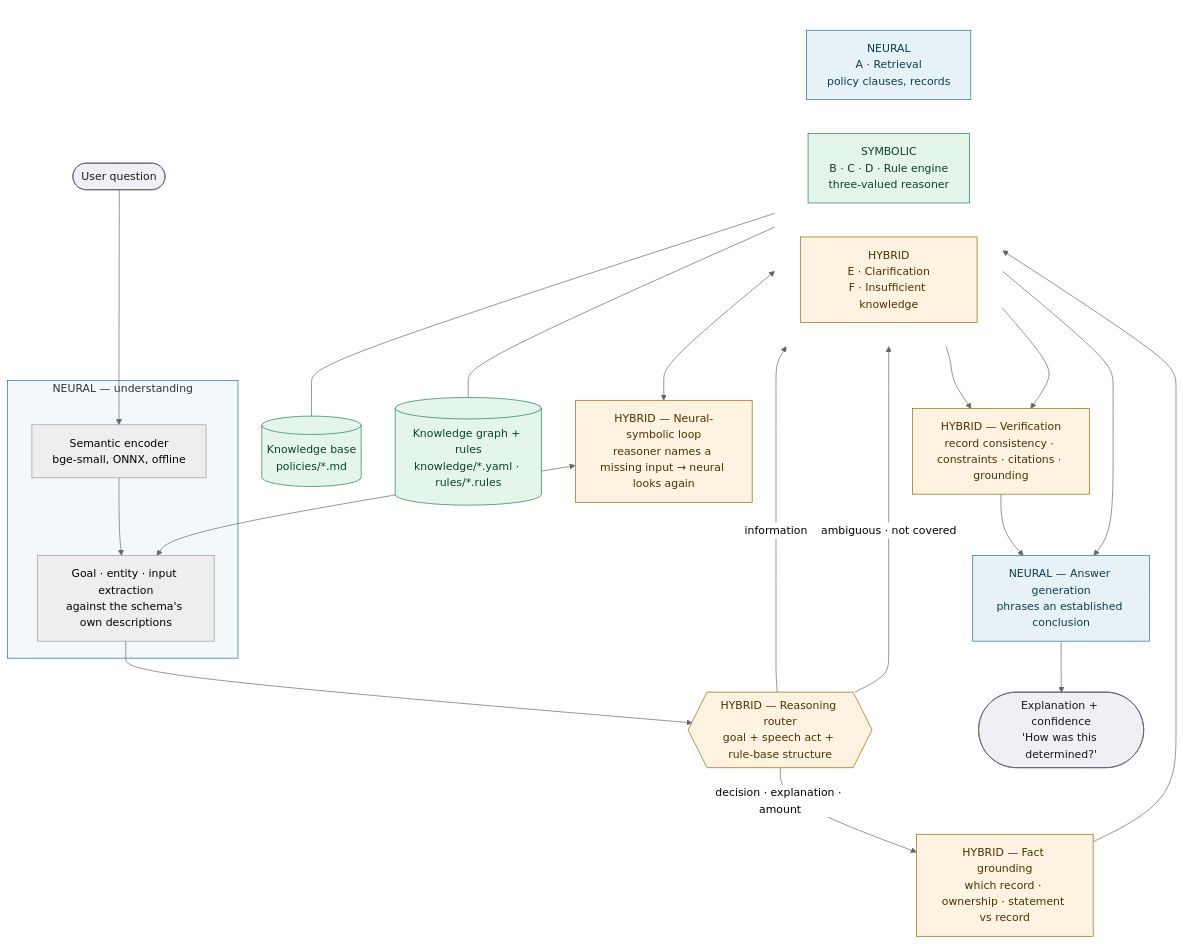
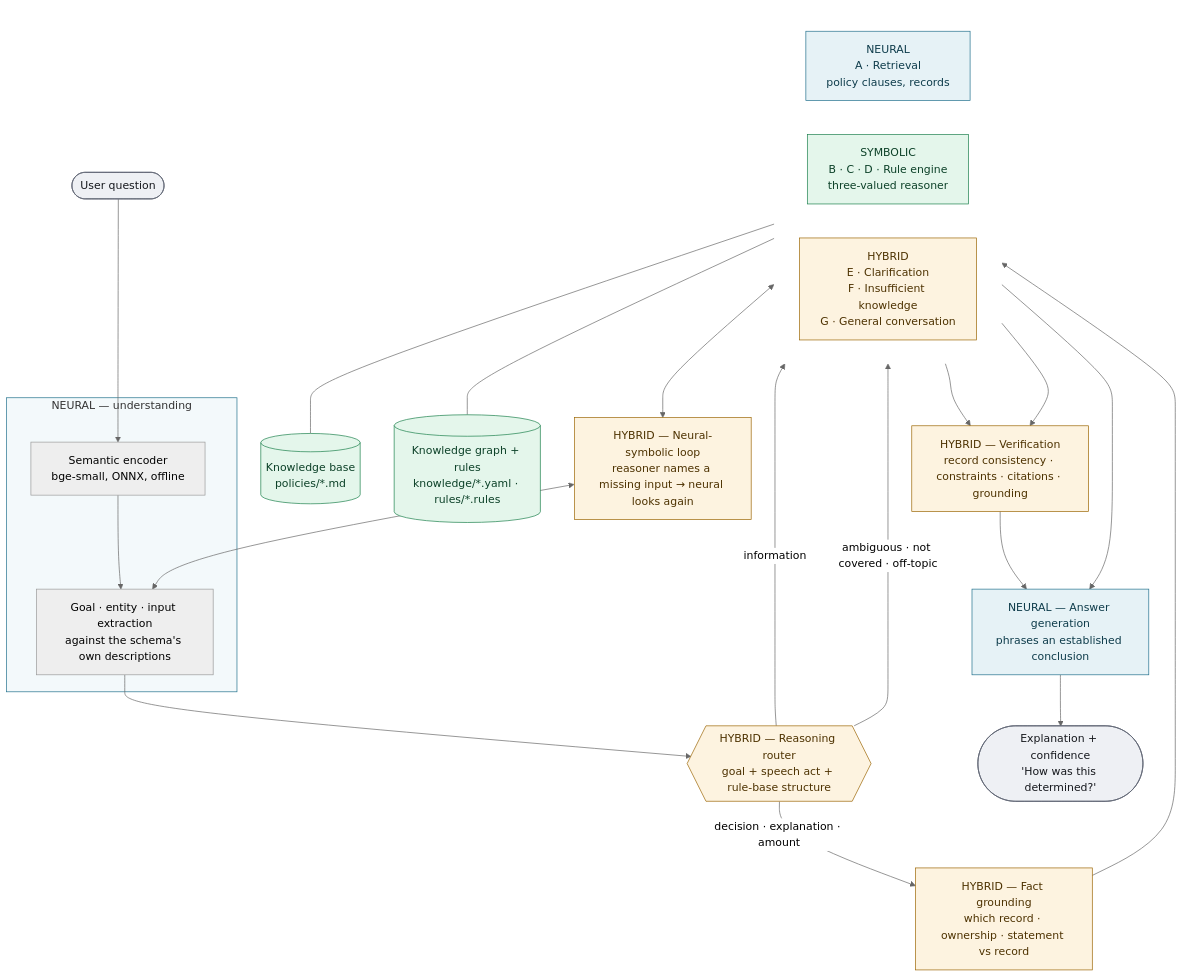
One commit to A-Pravin02/praxis-neurosymbolic changed the diagram in docs/NEURO_SYMBOLIC_ARCHITECTURE.md. Above: the diagram before and after it, drawn with Mermaid (neutral theme). The commit also changed other lines of this file and 8 other files, not shown here.

````diff
--- a/docs/NEURO_SYMBOLIC_ARCHITECTURE.md
+++ b/docs/NEURO_SYMBOLIC_ARCHITECTURE.md
@@ -25,48 +25,48 @@
 ```mermaid
 flowchart TD
     U([User question]):::io
 
     subgraph NEURAL_IN ["NEURAL — understanding"]
         NLU["Semantic encoder<br/>bge-small, ONNX, offline"]
         IE["Goal · entity · input extraction<br/>against the schema's own descriptions"]
     end
 
     R{{"HYBRID — Reasoning router<br/>goal + speech act + rule-base structure"}}:::hybrid
 
     subgraph PATHS [" "]
         direction LR
         RET["NEURAL<br/>A · Retrieval<br/>policy clauses, records"]:::neural
         SYM["SYMBOLIC<br/>B · C · D · Rule engine<br/>three-valued reasoner"]:::symbolic
-        CLR["HYBRID<br/>E · Clarification<br/>F · Insufficient knowledge"]:::hybrid
+        CLR["HYBRID<br/>E · Clarification<br/>F · Insufficient knowledge<br/>G · General conversation"]:::hybrid
     end
 
     KB[("Knowledge base<br/>policies/*.md")]:::symbolic
     KG[("Knowledge graph + rules<br/>knowledge/*.yaml · rules/*.rules")]:::symbolic
 
     G["HYBRID — Fact grounding<br/>which record · ownership · statement vs record"]:::hybrid
     LOOP["HYBRID — Neural-symbolic loop<br/>reasoner names a missing input → neural looks again"]:::hybrid
     V["HYBRID — Verification<br/>record consistency · constraints · citations · grounding"]:::hybrid
     GEN["NEURAL — Answer generation<br/>phrases an established conclusion"]:::neural
     EX(["Explanation + confidence<br/>'How was this determined?'"]):::io
 
     U --> NLU --> IE --> R
     R -->|information| RET
     R -->|decision · explanation · amount| G
-    R -->|ambiguous · not covered| CLR
+    R -->|ambiguous · not covered · off-topic| CLR
     RET --- KB
     G --> SYM
     SYM --- KG
     SYM <--> LOOP
     LOOP <--> IE
     RET --> V
     SYM --> V
     CLR --> GEN
     V --> GEN --> EX
 
     classDef neural fill:#e6f2f6,stroke:#1f6f8b,color:#0e3c4b
     classDef symbolic fill:#e4f6eb,stroke:#1a7f4b,color:#0c4128
     classDef hybrid fill:#fdf3e0,stroke:#9a6400,color:#4d3200
     classDef io fill:#eef0f4,stroke:#5c6270,color:#16181d
     style NEURAL_IN fill:#f3f9fb,stroke:#1f6f8b
     style PATHS fill:none,stroke:none
 ```
````
